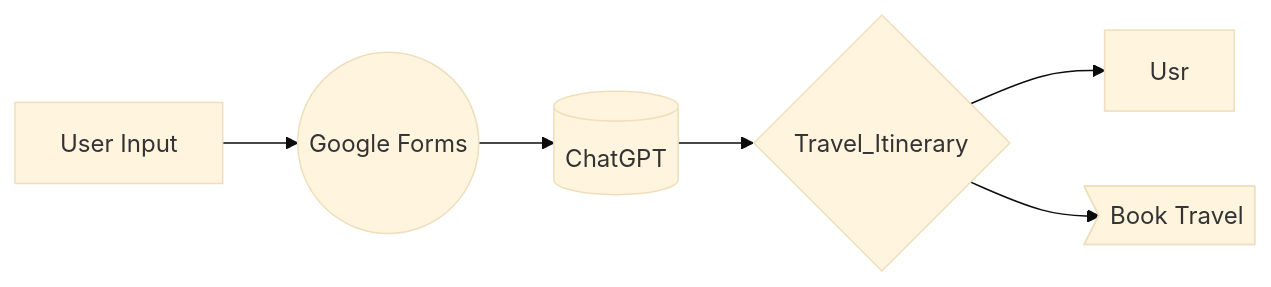
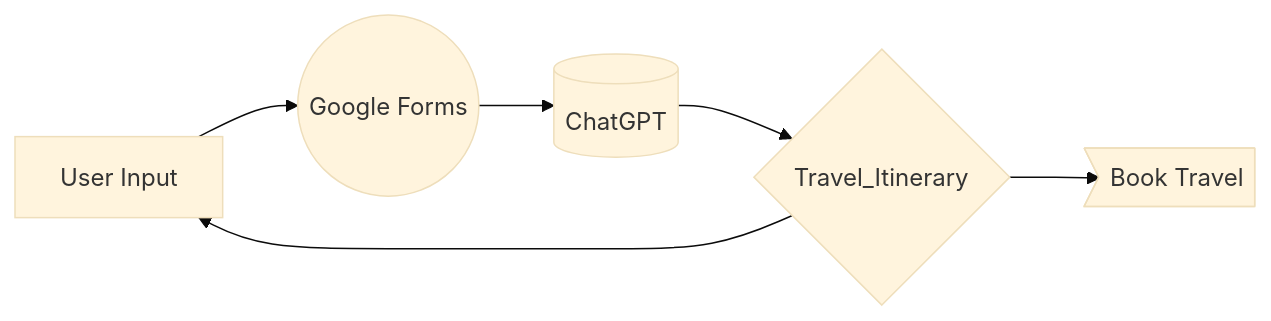
Before and after one commit to pjbrumm94/TravelApp: the diagram in README.md, drawn with Mermaid (base theme).

````diff
--- a/README.md
+++ b/README.md
@@ -7,8 +7,8 @@
 ```mermaid
 flowchart LR;
   usr[User Input]-->In
   In((Google Forms))-->LLM[(ChatGPT)];
   LLM-->Iti{Travel_Itinerary};
-  Iti-->Usr;
+  Iti-->usr;
   Iti-->Trav>Book Travel]
 ```
````
